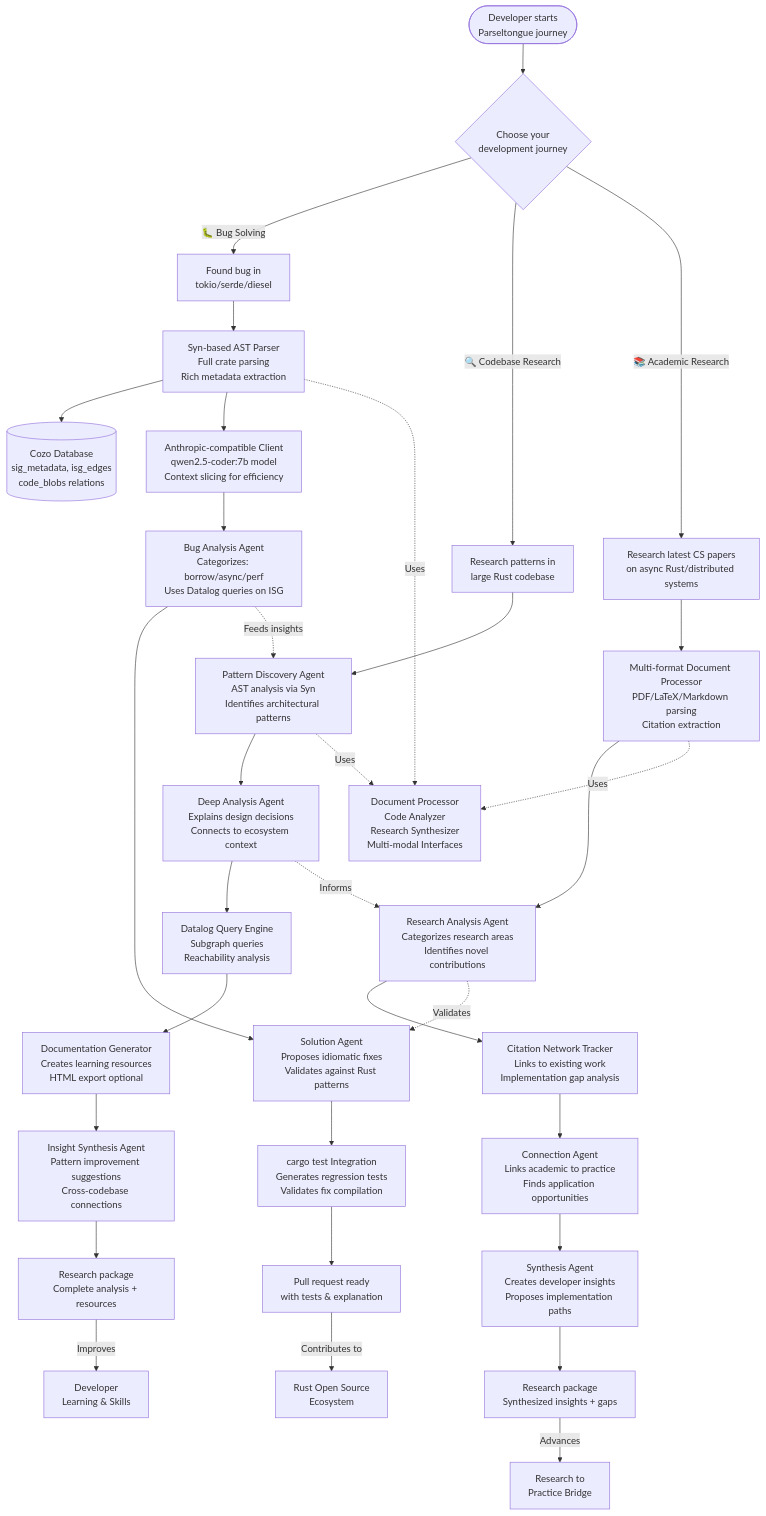
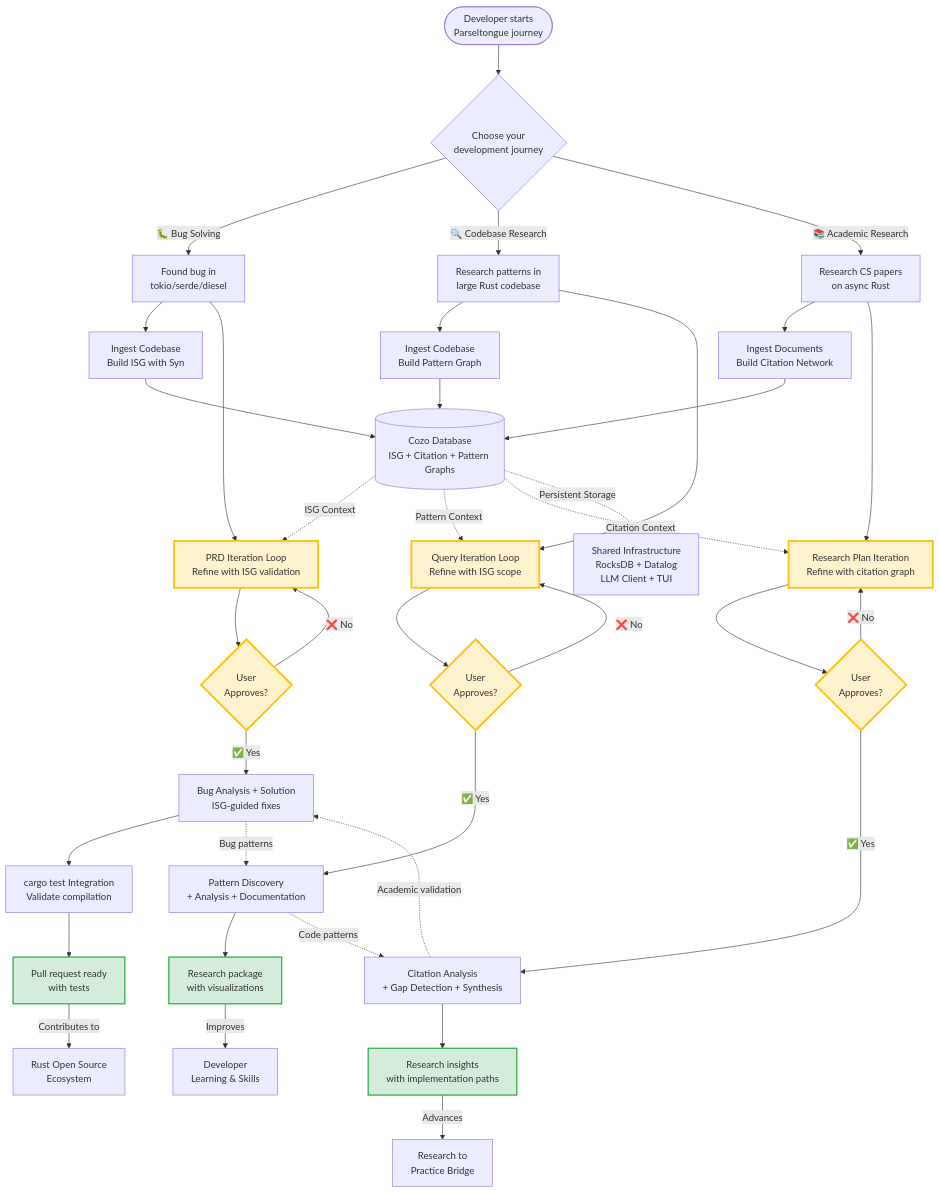
Before and after one commit to that-in-rust/transfiguration: the first of 17 diagrams in Insp09_ActiveWorkspaces_StrategicInitiatives/Insp04_PRD202510/P14ThreeJourneys.md, drawn with Mermaid. The commit also changed other lines of this file and 1 other file, not shown here.

Commit message:
Insp09_ActiveWorkspaces_StrategicInitiatives/Insp04_PRD202510/P15ValidateArchitecture.md

````diff
--- a/Insp09_ActiveWorkspaces_StrategicInitiatives/Insp04_PRD202510/P14ThreeJourneys.md
+++ b/Insp09_ActiveWorkspaces_StrategicInitiatives/Insp04_PRD202510/P14ThreeJourneys.md
@@ -55,48 +55,58 @@
 ```mermaid
 flowchart TD
     %% Journey Selection
     Start(["Developer starts<br/>Parseltongue journey"]) --> JourneyChoice{"Choose your<br/>development journey"}
 
-    %% Journey 1: Rust Bug Solving
+    %% Journey 1: Rust Bug Solving with PRD Iteration
     JourneyChoice -->|🐛 Bug Solving| RustStart["Found bug in<br/>tokio/serde/diesel"]
-    RustStart --> SynParser["Syn-based AST Parser<br/>Full crate parsing<br/>Rich metadata extraction"]
-    SynParser --> CozoDB[("Cozo Database<br/>sig_metadata, isg_edges<br/>code_blobs relations")]
-    SynParser --> LLMClient["Anthropic-compatible Client<br/>qwen2.5-coder:7b model<br/>Context slicing for efficiency"]
-    LLMClient --> BugAnalyzer["Bug Analysis Agent<br/>Categorizes: borrow/async/perf<br/>Uses Datalog queries on ISG"]
-    BugAnalyzer --> SolutionAgent["Solution Agent<br/>Proposes idiomatic fixes<br/>Validates against Rust patterns"]
-    SolutionAgent --> TestAgent["cargo test Integration<br/>Generates regression tests<br/>Validates fix compilation"]
-    TestAgent --> RustPR["Pull request ready<br/>with tests & explanation"]
+    RustStart --> Ingest1["Ingest Codebase<br/>Build ISG with Syn"]
+    Ingest1 --> CozoDB[("Cozo Database<br/>ISG + Citation + Pattern Graphs")]
+    RustStart --> PRD1["PRD Iteration Loop<br/>Refine with ISG validation"]
+    CozoDB -.->|ISG Context| PRD1
+    PRD1 --> Approved1{User<br/>Approves?}
+    Approved1 -->|✅ Yes| BugAnalyzer["Bug Analysis + Solution<br/>ISG-guided fixes"]
+    Approved1 -->|❌ No| PRD1
+    BugAnalyzer --> TestAgent["cargo test Integration<br/>Validate compilation"]
+    TestAgent --> RustPR["Pull request ready<br/>with tests"]
 
-    %% Journey 2: Codebase Research
+    %% Journey 2: Codebase Research with Query Iteration
     JourneyChoice -->|🔍 Codebase Research| ResearchStart["Research patterns in<br/>large Rust codebase"]
-    ResearchStart --> PatternExtractor["Pattern Discovery Agent<br/>AST analysis via Syn<br/>Identifies architectural patterns"]
-    PatternExtractor --> AnalysisAgent["Deep Analysis Agent<br/>Explains design decisions<br/>Connects to ecosystem context"]
-    AnalysisAgent --> CozoQueries["Datalog Query Engine<br/>Subgraph queries<br/>Reachability analysis"]
-    CozoQueries --> DocumentationAgent["Documentation Generator<br/>Creates learning resources<br/>HTML export optional"]
-    DocumentationAgent --> InsightAgent["Insight Synthesis Agent<br/>Pattern improvement suggestions<br/>Cross-codebase connections"]
-    InsightAgent --> ResearchComplete["Research package<br/>Complete analysis + resources"]
+    ResearchStart --> Ingest2["Ingest Codebase<br/>Build Pattern Graph"]
+    Ingest2 --> CozoDB
+    ResearchStart --> QUERY2["Query Iteration Loop<br/>Refine with ISG scope"]
+    CozoDB -.->|Pattern Context| QUERY2
+    QUERY2 --> Approved2{User<br/>Approves?}
+    Approved2 -->|✅ Yes| PatternAnalysis["Pattern Discovery<br/>+ Analysis + Documentation"]
+    Approved2 -->|❌ No| QUERY2
+    PatternAnalysis --> ResearchComplete["Research package<br/>with visualizations"]
 
-    %% Journey 3: Academic Research
-    JourneyChoice -->|📚 Academic Research| AcademicStart["Research latest CS papers<br/>on async Rust/distributed systems"]
-    AcademicStart --> DocumentProcessor["Multi-format Document Processor<br/>PDF/LaTeX/Markdown parsing<br/>Citation extraction"]
-    DocumentProcessor --> ResearchAnalyzer["Research Analysis Agent<br/>Categorizes research areas<br/>Identifies novel contributions"]
-    ResearchAnalyzer --> CitationTracker["Citation Network Tracker<br/>Links to existing work<br/>Implementation gap analysis"]
-    CitationTracker --> ConnectionAgent["Connection Agent<br/>Links academic to practice<br/>Finds application opportunities"]
-    ConnectionAgent --> SynthesisAgent["Synthesis Agent<br/>Creates developer insights<br/>Proposes implementation paths"]
-    SynthesisAgent --> AcademicOutput["Research package<br/>Synthesized insights + gaps"]
+    %% Journey 3: Academic Research with Research Plan Iteration
+    JourneyChoice -->|📚 Academic Research| AcademicStart["Research CS papers<br/>on async Rust"]
+    AcademicStart --> Ingest3["Ingest Documents<br/>Build Citation Network"]
+    Ingest3 --> CozoDB
+    AcademicStart --> PLAN3["Research Plan Iteration<br/>Refine with citation graph"]
+    CozoDB -.->|Citation Context| PLAN3
+    PLAN3 --> Approved3{User<br/>Approves?}
+    Approved3 -->|✅ Yes| ResearchAnalysis["Citation Analysis<br/>+ Gap Detection + Synthesis"]
+    Approved3 -->|❌ No| PLAN3
+    ResearchAnalysis --> AcademicOutput["Research insights<br/>with implementation paths"]
 
-    %% Shared Infrastructure Connections
-    SynParser -.->|Uses| SharedInfra["Document Processor<br/>Code Analyzer<br/>Research Synthesizer<br/>Multi-modal Interfaces"]
-    PatternExtractor -.->|Uses| SharedInfra
-    DocumentProcessor -.->|Uses| SharedInfra
+    %% Shared Infrastructure
+    CozoDB -.->|Persistent Storage| SharedInfra["Shared Infrastructure<br/>RocksDB + Datalog<br/>LLM Client + TUI"]
 
     %% Cross-Journey Learning
-    BugAnalyzer -.->|Feeds insights| PatternExtractor
-    AnalysisAgent -.->|Informs| ResearchAnalyzer
-    ResearchAnalyzer -.->|Validates| SolutionAgent
+    BugAnalyzer -.->|Bug patterns| PatternAnalysis
+    PatternAnalysis -.->|Code patterns| ResearchAnalysis
+    ResearchAnalysis -.->|Academic validation| BugAnalyzer
 
     %% Outcomes and Impact
     RustPR -->|Contributes to| Ecosystem["Rust Open Source<br/>Ecosystem"]
     ResearchComplete -->|Improves| Learning["Developer<br/>Learning & Skills"]
     AcademicOutput -->|Advances| Innovation["Research to<br/>Practice Bridge"]
+    
+    %% Styling
+    classDef iteration fill:#fff3cd,stroke:#ffc107,stroke-width:3px
+    classDef success fill:#d4edda,stroke:#28a745,stroke-width:2px
+    class PRD1,QUERY2,PLAN3,Approved1,Approved2,Approved3 iteration
+    class RustPR,ResearchComplete,AcademicOutput success
 ```
````
